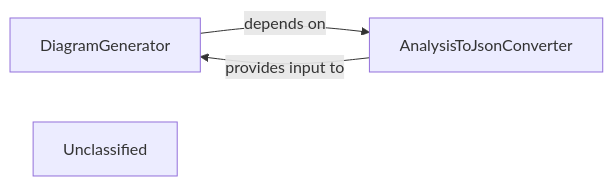
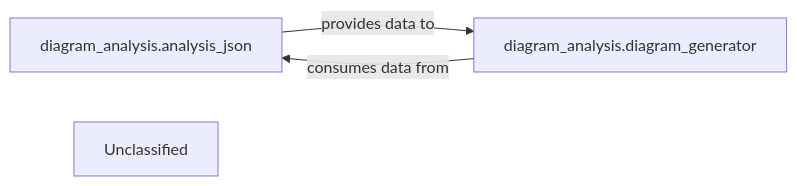
Before and after one commit to CodeBoarding/CodeBoarding: the diagram in .codeboarding/Diagram_Generation_Service.md, drawn with Mermaid. The commit also changed other lines of this file and 13 other files, not shown here.

First line of the commit message:
docs: update codeboarding documentation and generate architecture

````diff
--- a/.codeboarding/Diagram_Generation_Service.md
+++ b/.codeboarding/Diagram_Generation_Service.md
@@ -1,8 +1,8 @@
 ```mermaid
 graph LR
-    DiagramGenerator["DiagramGenerator"]
-    AnalysisToJsonConverter["AnalysisToJsonConverter"]
+    diagram_analysis_analysis_json["diagram_analysis.analysis_json"]
+    diagram_analysis_diagram_generator["diagram_analysis.diagram_generator"]
     Unclassified["Unclassified"]
-    DiagramGenerator -- "depends on" --> AnalysisToJsonConverter
-    AnalysisToJsonConverter -- "provides input to" --> DiagramGenerator
+    diagram_analysis_analysis_json -- "provides data to" --> diagram_analysis_diagram_generator
+    diagram_analysis_diagram_generator -- "consumes data from" --> diagram_analysis_analysis_json
 ```
````
